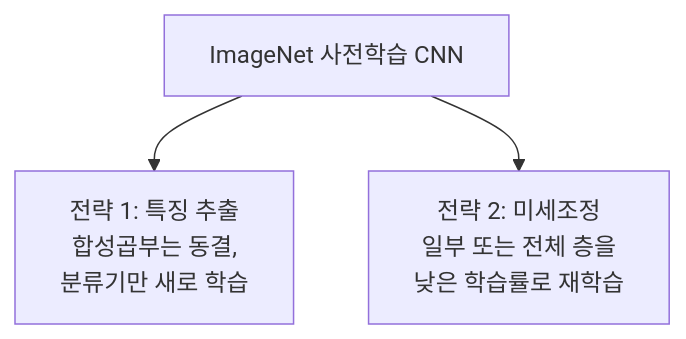
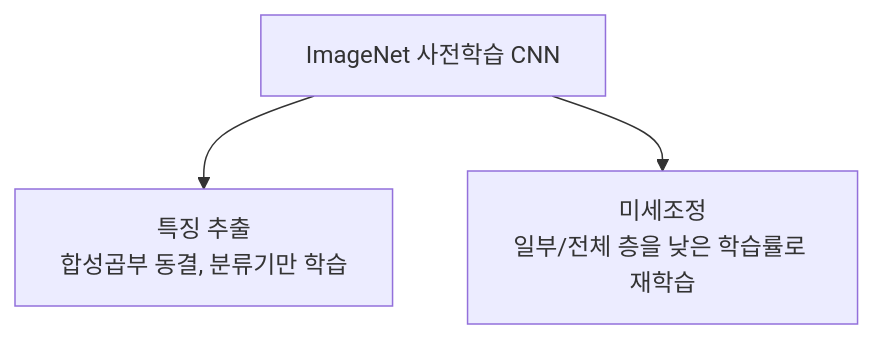
The second of 5 diagrams in week05_lecture.qmd (phyzikyh/aimodeling), drawn with Mermaid before and after one commit. The commit also changed other lines of this file and 12 other files, not shown here.

````diff
--- a/week05_lecture.qmd
+++ b/week05_lecture.qmd
@@ -229,5 +222,5 @@
 ```{mermaid}
 flowchart TB
-    PRE["ImageNet 사전학습 CNN"] --> S1["전략 1: 특징 추출<br/>합성곱부는 동결,<br/>분류기만 새로 학습"]
-    PRE --> S2["전략 2: 미세조정<br/>일부 또는 전체 층을<br/>낮은 학습률로 재학습"]
+    PRE["ImageNet 사전학습 CNN"] --> S1["특징 추출<br/>합성곱부 동결, 분류기만 학습"]
+    PRE --> S2["미세조정<br/>일부/전체 층을 낮은 학습률로 재학습"]
 ```
````
